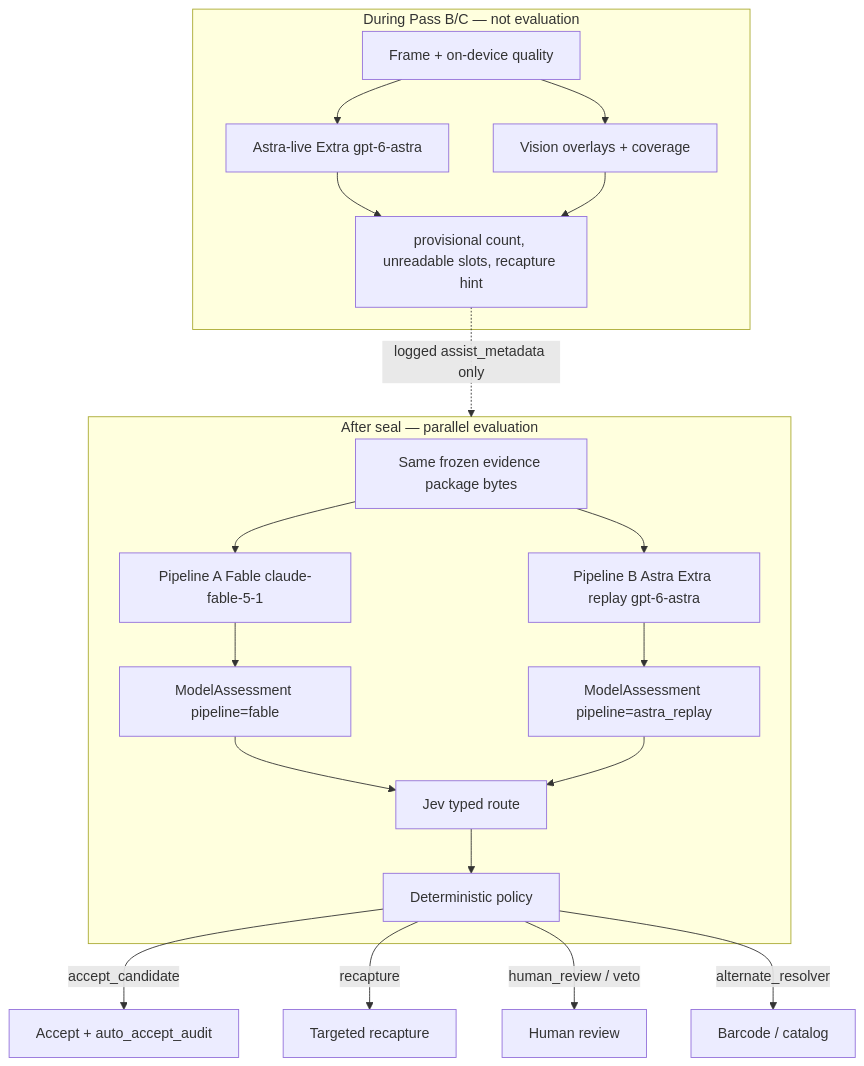
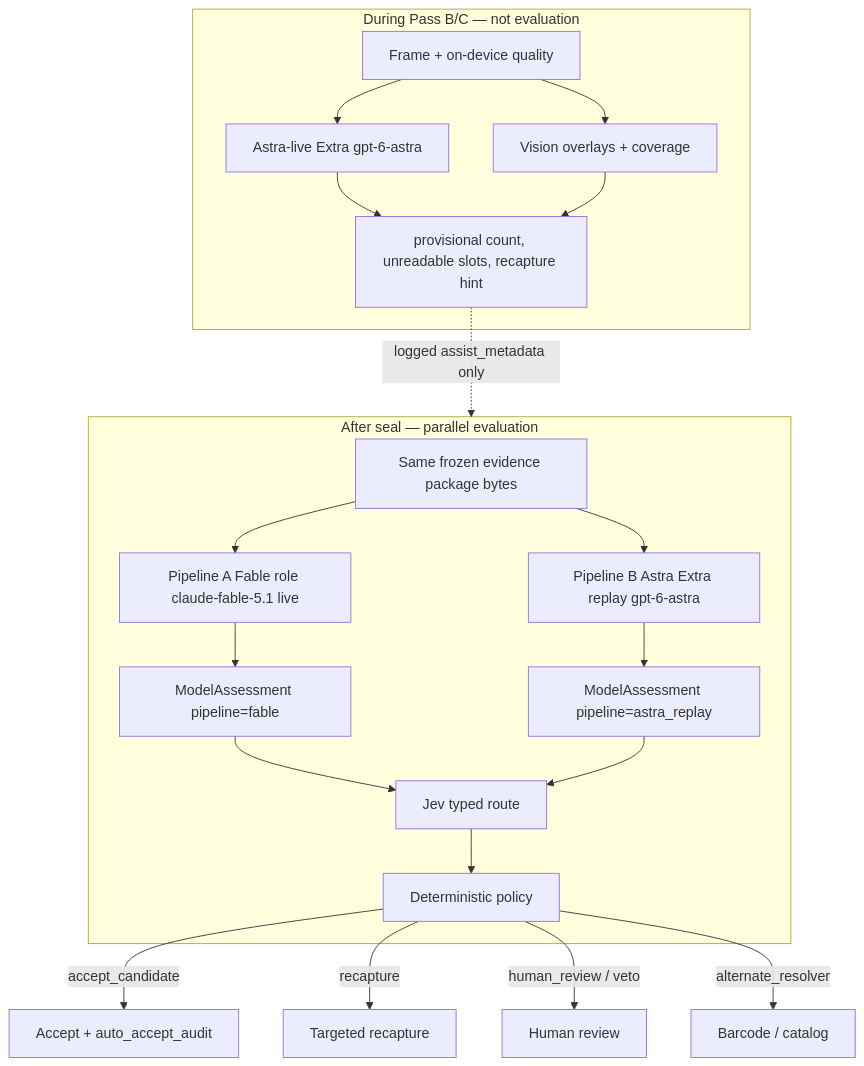
Diagram 13 of 16 in README.md (harshsinha-12/library-estimate), drawn with Mermaid before and after one commit. The commit also changed other lines of this file and 7 other files, not shown here.

````diff
--- a/README.md
+++ b/README.md
@@ -439,25 +488,25 @@
 ```mermaid
 flowchart TB
   subgraph Capture["During Pass B/C — not evaluation"]
     F["Frame + on-device quality"] --> OD["Vision overlays + coverage"]
     F --> AL["Astra-live Extra gpt-6-astra"]
     AL --> UX["provisional count, unreadable slots, recapture hint"]
     OD --> UX
   end
 
   subgraph Seal["After seal — parallel evaluation"]
-    PKG["Same frozen evidence package bytes"] --> FA["Pipeline A Fable claude-fable-5-1"]
+    PKG["Same frozen evidence package bytes"] --> FA["Pipeline A Fable role claude-fable-5.1 live"]
     PKG --> AR["Pipeline B Astra Extra replay gpt-6-astra"]
     FA --> NA["ModelAssessment pipeline=fable"]
     AR --> NB["ModelAssessment pipeline=astra_replay"]
     NA --> J["Jev typed route"]
     NB --> J
     J --> POL["Deterministic policy"]
   end
 
   UX -.->|"logged assist_metadata only"| Seal
   POL -->|accept_candidate| AC["Accept + auto_accept_audit"]
   POL -->|recapture| RC["Targeted recapture"]
   POL -->|human_review / veto| H["Human review"]
   POL -->|alternate_resolver| ALT["Barcode / catalog"]
 ```
````
